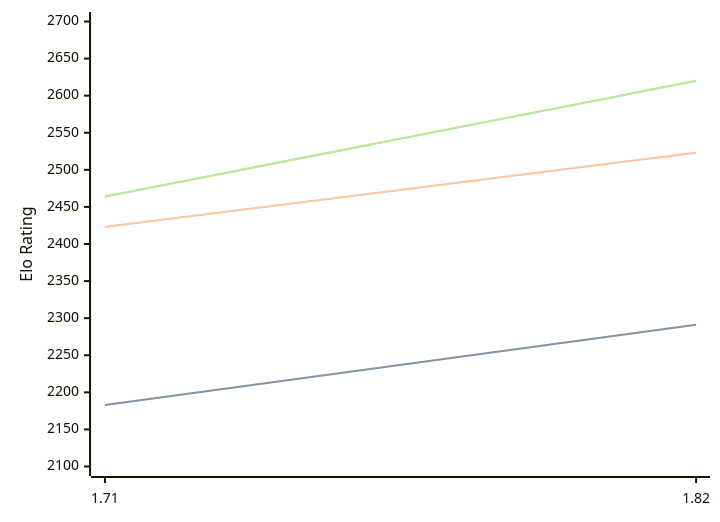
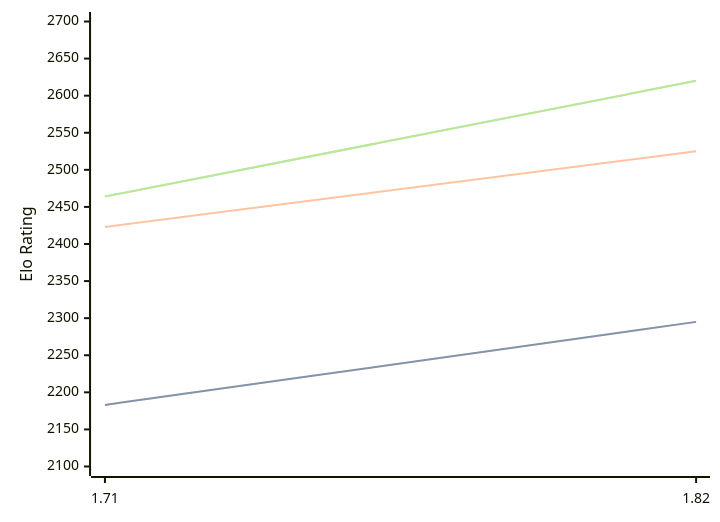
One commit to computer-chess-index/cci changed the diagram in engines/Amira.md. Above: the diagram before and after it, drawn with Mermaid. The commit also changed other lines of this file, not shown here.

````diff
--- a/engines/Amira.md
+++ b/engines/Amira.md
@@ -35,11 +35,11 @@
 ```mermaid
 %%{init: {"theme":"base","themeVariables":{"seriesColors:['#a3a3a3','#222221','#faa371']}}}%%
 xychart-beta
   x-axis ["1.71", "1.82"]
   y-axis "Elo Rating" 2100 --> 2700
-  line "STC (8.0+0.08s)" [2183, 2291]
-  line "STC (8.0+0.08s)" [2183, 2291]
-  line "LTC (60.0+0.60s)" [2423, 2523]
+  line "STC (8.0+0.08s)" [2183, 2295]
+  line "STC (8.0+0.08s)" [2183, 2295]
+  line "LTC (60.0+0.60s)" [2423, 2525]
   line "VLTC (2m24s+1.12s)" [2464, 2620]
   line "VLTC (2m24s+1.12s)" [2464, 2620]
 ```
````
